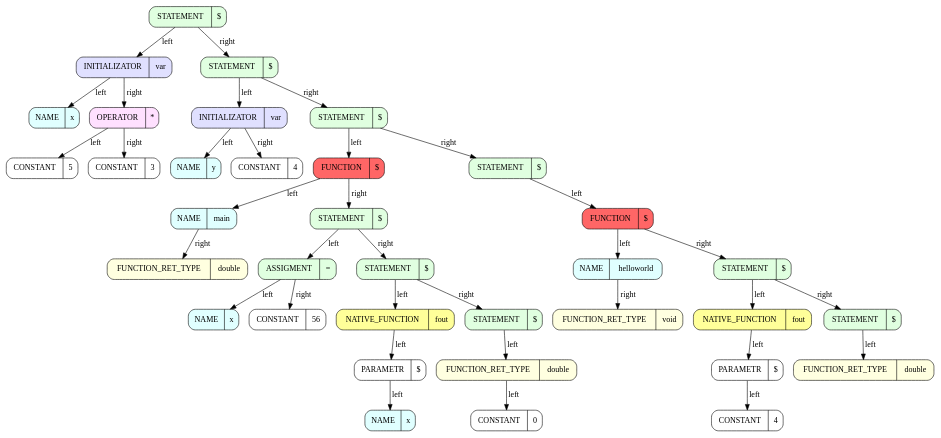
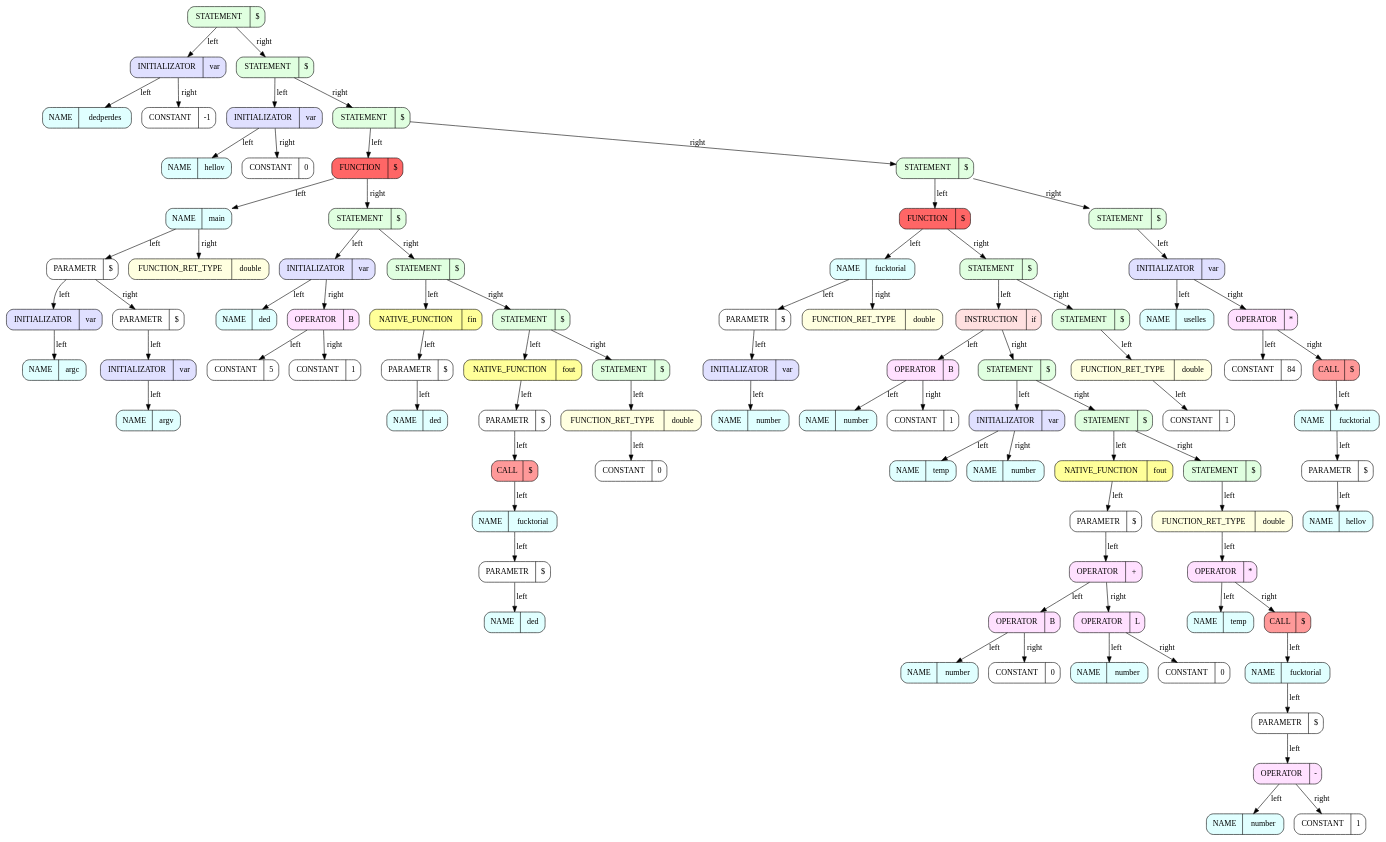
Before and after one commit to ArsenySamoylov/Lang: the diagram in BackEnd/graphics/dot/kek_back_End.dot, drawn with Graphviz. The commit also changed 279 other files, not shown here.

```diff
--- a/BackEnd/graphics/dot/kek_back_End.dot
+++ b/BackEnd/graphics/dot/kek_back_End.dot
@@ -2,75 +2,177 @@
 digraph 
 {
 rankdir = TB # RANKDIR
-		node_0x61d000000080 [style = filled, fillcolor = "#E0FFE0", shape = Mrecord label =  "STATEMENT | {$}"]
-		node_0x61d0000000b0 [style = filled, fillcolor = "#E0E0FF", shape = Mrecord label =  "INITIALIZATOR | {var}"]
-		node_0x61d0000000e0 [style = filled, fillcolor = "#E0FFFF", shape = Mrecord label =  "NAME | {x}"]
-		node_0x61d0000000b0 -> node_0x61d0000000e0 [label = "left"]
-		node_0x61d000000110 [style = filled, fillcolor = "#FFE0FF", shape = Mrecord label =  "OPERATOR | {*}"]
-		node_0x61d000000140 [style = filled, fillcolor = "#FFFFFF", shape = Mrecord label =  "CONSTANT | {5}"]
-		node_0x61d000000110 -> node_0x61d000000140 [label = "left"]
-		node_0x61d000000170 [style = filled, fillcolor = "#FFFFFF", shape = Mrecord label =  "CONSTANT | {3}"]
-		node_0x61d000000110 -> node_0x61d000000170 [label = "right"]
-		node_0x61d0000000b0 -> node_0x61d000000110 [label = "right"]
-		node_0x61d000000080 -> node_0x61d0000000b0 [label = "left"]
-		node_0x61d0000001a0 [style = filled, fillcolor = "#E0FFE0", shape = Mrecord label =  "STATEMENT | {$}"]
-		node_0x61d0000001d0 [style = filled, fillcolor = "#E0E0FF", shape = Mrecord label =  "INITIALIZATOR | {var}"]
-		node_0x61d000000200 [style = filled, fillcolor = "#E0FFFF", shape = Mrecord label =  "NAME | {y}"]
-		node_0x61d0000001d0 -> node_0x61d000000200 [label = "left"]
-		node_0x61d000000230 [style = filled, fillcolor = "#FFFFFF", shape = Mrecord label =  "CONSTANT | {4}"]
-		node_0x61d0000001d0 -> node_0x61d000000230 [label = "right"]
-		node_0x61d0000001a0 -> node_0x61d0000001d0 [label = "left"]
-		node_0x61d000000260 [style = filled, fillcolor = "#E0FFE0", shape = Mrecord label =  "STATEMENT | {$}"]
-		node_0x61d000000290 [style = filled, fillcolor = "#FF6666", shape = Mrecord label =  "FUNCTION | {$}"]
-		node_0x61d0000002c0 [style = filled, fillcolor = "#E0FFFF", shape = Mrecord label =  "NAME | {main}"]
-		node_0x61d0000002f0 [style = filled, fillcolor = "#FFFFE0", shape = Mrecord label =  "FUNCTION_RET_TYPE | {double}"]
-		node_0x61d0000002c0 -> node_0x61d0000002f0 [label = "right"]
-		node_0x61d000000290 -> node_0x61d0000002c0 [label = "left"]
-		node_0x61d000000320 [style = filled, fillcolor = "#E0FFE0", shape = Mrecord label =  "STATEMENT | {$}"]
-		node_0x61d000000350 [style = filled, fillcolor = "#E0FFE0", shape = Mrecord label =  "ASSIGMENT | {=}"]
-		node_0x61d000000380 [style = filled, fillcolor = "#E0FFFF", shape = Mrecord label =  "NAME | {x}"]
-		node_0x61d000000350 -> node_0x61d000000380 [label = "left"]
-		node_0x61d0000003b0 [style = filled, fillcolor = "#FFFFFF", shape = Mrecord label =  "CONSTANT | {56}"]
-		node_0x61d000000350 -> node_0x61d0000003b0 [label = "right"]
-		node_0x61d000000320 -> node_0x61d000000350 [label = "left"]
-		node_0x61d0000003e0 [style = filled, fillcolor = "#E0FFE0", shape = Mrecord label =  "STATEMENT | {$}"]
-		node_0x61d000000410 [style = filled, fillcolor = "#FFFF99", shape = Mrecord label =  "NATIVE_FUNCTION | {fout}"]
-		node_0x61d000000440 [style = filled, fillcolor = "#FFFFFF", shape = Mrecord label =  "PARAMETR | {$}"]
-		node_0x61d000000470 [style = filled, fillcolor = "#E0FFFF", shape = Mrecord label =  "NAME | {x}"]
-		node_0x61d000000440 -> node_0x61d000000470 [label = "left"]
-		node_0x61d000000410 -> node_0x61d000000440 [label = "left"]
-		node_0x61d0000003e0 -> node_0x61d000000410 [label = "left"]
-		node_0x61d0000004a0 [style = filled, fillcolor = "#E0FFE0", shape = Mrecord label =  "STATEMENT | {$}"]
-		node_0x61d0000004d0 [style = filled, fillcolor = "#FFFFE0", shape = Mrecord label =  "FUNCTION_RET_TYPE | {double}"]
-		node_0x61d000000500 [style = filled, fillcolor = "#FFFFFF", shape = Mrecord label =  "CONSTANT | {0}"]
-		node_0x61d0000004d0 -> node_0x61d000000500 [label = "left"]
-		node_0x61d0000004a0 -> node_0x61d0000004d0 [label = "left"]
-		node_0x61d0000003e0 -> node_0x61d0000004a0 [label = "right"]
-		node_0x61d000000320 -> node_0x61d0000003e0 [label = "right"]
-		node_0x61d000000290 -> node_0x61d000000320 [label = "right"]
-		node_0x61d000000260 -> node_0x61d000000290 [label = "left"]
-		node_0x61d000000530 [style = filled, fillcolor = "#E0FFE0", shape = Mrecord label =  "STATEMENT | {$}"]
-		node_0x61d000000560 [style = filled, fillcolor = "#FF6666", shape = Mrecord label =  "FUNCTION | {$}"]
-		node_0x61d000000590 [style = filled, fillcolor = "#E0FFFF", shape = Mrecord label =  "NAME | {helloworld}"]
-		node_0x61d0000005c0 [style = filled, fillcolor = "#FFFFE0", shape = Mrecord label =  "FUNCTION_RET_TYPE | {void}"]
-		node_0x61d000000590 -> node_0x61d0000005c0 [label = "right"]
-		node_0x61d000000560 -> node_0x61d000000590 [label = "left"]
-		node_0x61d0000005f0 [style = filled, fillcolor = "#E0FFE0", shape = Mrecord label =  "STATEMENT | {$}"]
-		node_0x61d000000620 [style = filled, fillcolor = "#FFFF99", shape = Mrecord label =  "NATIVE_FUNCTION | {fout}"]
-		node_0x61d000000650 [style = filled, fillcolor = "#FFFFFF", shape = Mrecord label =  "PARAMETR | {$}"]
-		node_0x61d000000680 [style = filled, fillcolor = "#FFFFFF", shape = Mrecord label =  "CONSTANT | {4}"]
-		node_0x61d000000650 -> node_0x61d000000680 [label = "left"]
-		node_0x61d000000620 -> node_0x61d000000650 [label = "left"]
-		node_0x61d0000005f0 -> node_0x61d000000620 [label = "left"]
-		node_0x61d0000006b0 [style = filled, fillcolor = "#E0FFE0", shape = Mrecord label =  "STATEMENT | {$}"]
-		node_0x61d0000006e0 [style = filled, fillcolor = "#FFFFE0", shape = Mrecord label =  "FUNCTION_RET_TYPE | {double}"]
-		node_0x61d0000006b0 -> node_0x61d0000006e0 [label = "left"]
-		node_0x61d0000005f0 -> node_0x61d0000006b0 [label = "right"]
-		node_0x61d000000560 -> node_0x61d0000005f0 [label = "right"]
-		node_0x61d000000530 -> node_0x61d000000560 [label = "left"]
-		node_0x61d000000260 -> node_0x61d000000530 [label = "right"]
-		node_0x61d0000001a0 -> node_0x61d000000260 [label = "right"]
-		node_0x61d000000080 -> node_0x61d0000001a0 [label = "right"]
+		node_0x623000000100 [style = filled, fillcolor = "#E0FFE0", shape = Mrecord label =  "STATEMENT | {$}"]
+		node_0x623000000138 [style = filled, fillcolor = "#E0E0FF", shape = Mrecord label =  "INITIALIZATOR | {var}"]
+		node_0x623000000170 [style = filled, fillcolor = "#E0FFFF", shape = Mrecord label =  "NAME | {dedperdes}"]
+		node_0x623000000138 -> node_0x623000000170 [label = "left"]
+		node_0x6230000001a8 [style = filled, fillcolor = "#FFFFFF", shape = Mrecord label =  "CONSTANT | {-1}"]
+		node_0x623000000138 -> node_0x6230000001a8 [label = "right"]
+		node_0x623000000100 -> node_0x623000000138 [label = "left"]
+		node_0x6230000001e0 [style = filled, fillcolor = "#E0FFE0", shape = Mrecord label =  "STATEMENT | {$}"]
+		node_0x623000000218 [style = filled, fillcolor = "#E0E0FF", shape = Mrecord label =  "INITIALIZATOR | {var}"]
+		node_0x623000000250 [style = filled, fillcolor = "#E0FFFF", shape = Mrecord label =  "NAME | {hellov}"]
+		node_0x623000000218 -> node_0x623000000250 [label = "left"]
+		node_0x623000000288 [style = filled, fillcolor = "#FFFFFF", shape = Mrecord label =  "CONSTANT | {0}"]
+		node_0x623000000218 -> node_0x623000000288 [label = "right"]
+		node_0x6230000001e0 -> node_0x623000000218 [label = "left"]
+		node_0x6230000002c0 [style = filled, fillcolor = "#E0FFE0", shape = Mrecord label =  "STATEMENT | {$}"]
+		node_0x6230000002f8 [style = filled, fillcolor = "#FF6666", shape = Mrecord label =  "FUNCTION | {$}"]
+		node_0x623000000330 [style = filled, fillcolor = "#E0FFFF", shape = Mrecord label =  "NAME | {main}"]
+		node_0x623000000368 [style = filled, fillcolor = "#FFFFFF", shape = Mrecord label =  "PARAMETR | {$}"]
+		node_0x6230000003a0 [style = filled, fillcolor = "#E0E0FF", shape = Mrecord label =  "INITIALIZATOR | {var}"]
+		node_0x6230000003d8 [style = filled, fillcolor = "#E0FFFF", shape = Mrecord label =  "NAME | {argc}"]
+		node_0x6230000003a0 -> node_0x6230000003d8 [label = "left"]
+		node_0x623000000368 -> node_0x6230000003a0 [label = "left"]
+		node_0x623000000410 [style = filled, fillcolor = "#FFFFFF", shape = Mrecord label =  "PARAMETR | {$}"]
+		node_0x623000000448 [style = filled, fillcolor = "#E0E0FF", shape = Mrecord label =  "INITIALIZATOR | {var}"]
+		node_0x623000000480 [style = filled, fillcolor = "#E0FFFF", shape = Mrecord label =  "NAME | {argv}"]
+		node_0x623000000448 -> node_0x623000000480 [label = "left"]
+		node_0x623000000410 -> node_0x623000000448 [label = "left"]
+		node_0x623000000368 -> node_0x623000000410 [label = "right"]
+		node_0x623000000330 -> node_0x623000000368 [label = "left"]
+		node_0x6230000004b8 [style = filled, fillcolor = "#FFFFE0", shape = Mrecord label =  "FUNCTION_RET_TYPE | {double}"]
+		node_0x623000000330 -> node_0x6230000004b8 [label = "right"]
+		node_0x6230000002f8 -> node_0x623000000330 [label = "left"]
+		node_0x6230000004f0 [style = filled, fillcolor = "#E0FFE0", shape = Mrecord label =  "STATEMENT | {$}"]
+		node_0x623000000528 [style = filled, fillcolor = "#E0E0FF", shape = Mrecord label =  "INITIALIZATOR | {var}"]
+		node_0x623000000560 [style = filled, fillcolor = "#E0FFFF", shape = Mrecord label =  "NAME | {ded}"]
+		node_0x623000000528 -> node_0x623000000560 [label = "left"]
+		node_0x623000000598 [style = filled, fillcolor = "#FFE0FF", shape = Mrecord label =  "OPERATOR | {B}"]
+		node_0x6230000005d0 [style = filled, fillcolor = "#FFFFFF", shape = Mrecord label =  "CONSTANT | {5}"]
+		node_0x623000000598 -> node_0x6230000005d0 [label = "left"]
+		node_0x623000000608 [style = filled, fillcolor = "#FFFFFF", shape = Mrecord label =  "CONSTANT | {1}"]
+		node_0x623000000598 -> node_0x623000000608 [label = "right"]
+		node_0x623000000528 -> node_0x623000000598 [label = "right"]
+		node_0x6230000004f0 -> node_0x623000000528 [label = "left"]
+		node_0x623000000640 [style = filled, fillcolor = "#E0FFE0", shape = Mrecord label =  "STATEMENT | {$}"]
+		node_0x623000000678 [style = filled, fillcolor = "#FFFF99", shape = Mrecord label =  "NATIVE_FUNCTION | {fin}"]
+		node_0x6230000006b0 [style = filled, fillcolor = "#FFFFFF", shape = Mrecord label =  "PARAMETR | {$}"]
+		node_0x6230000006e8 [style = filled, fillcolor = "#E0FFFF", shape = Mrecord label =  "NAME | {ded}"]
+		node_0x6230000006b0 -> node_0x6230000006e8 [label = "left"]
+		node_0x623000000678 -> node_0x6230000006b0 [label = "left"]
+		node_0x623000000640 -> node_0x623000000678 [label = "left"]
+		node_0x623000000720 [style = filled, fillcolor = "#E0FFE0", shape = Mrecord label =  "STATEMENT | {$}"]
+		node_0x623000000758 [style = filled, fillcolor = "#FFFF99", shape = Mrecord label =  "NATIVE_FUNCTION | {fout}"]
+		node_0x623000000790 [style = filled, fillcolor = "#FFFFFF", shape = Mrecord label =  "PARAMETR | {$}"]
+		node_0x6230000007c8 [style = filled, fillcolor = "#FF9999", shape = Mrecord label =  "CALL | {$}"]
+		node_0x623000000800 [style = filled, fillcolor = "#E0FFFF", shape = Mrecord label =  "NAME | {fucktorial}"]
+		node_0x623000000838 [style = filled, fillcolor = "#FFFFFF", shape = Mrecord label =  "PARAMETR | {$}"]
+		node_0x623000000870 [style = filled, fillcolor = "#E0FFFF", shape = Mrecord label =  "NAME | {ded}"]
+		node_0x623000000838 -> node_0x623000000870 [label = "left"]
+		node_0x623000000800 -> node_0x623000000838 [label = "left"]
+		node_0x6230000007c8 -> node_0x623000000800 [label = "left"]
+		node_0x623000000790 -> node_0x6230000007c8 [label = "left"]
+		node_0x623000000758 -> node_0x623000000790 [label = "left"]
+		node_0x623000000720 -> node_0x623000000758 [label = "left"]
+		node_0x6230000008a8 [style = filled, fillcolor = "#E0FFE0", shape = Mrecord label =  "STATEMENT | {$}"]
+		node_0x6230000008e0 [style = filled, fillcolor = "#FFFFE0", shape = Mrecord label =  "FUNCTION_RET_TYPE | {double}"]
+		node_0x623000000918 [style = filled, fillcolor = "#FFFFFF", shape = Mrecord label =  "CONSTANT | {0}"]
+		node_0x6230000008e0 -> node_0x623000000918 [label = "left"]
+		node_0x6230000008a8 -> node_0x6230000008e0 [label = "left"]
+		node_0x623000000720 -> node_0x6230000008a8 [label = "right"]
+		node_0x623000000640 -> node_0x623000000720 [label = "right"]
+		node_0x6230000004f0 -> node_0x623000000640 [label = "right"]
+		node_0x6230000002f8 -> node_0x6230000004f0 [label = "right"]
+		node_0x6230000002c0 -> node_0x6230000002f8 [label = "left"]
+		node_0x623000000950 [style = filled, fillcolor = "#E0FFE0", shape = Mrecord label =  "STATEMENT | {$}"]
+		node_0x623000000988 [style = filled, fillcolor = "#FF6666", shape = Mrecord label =  "FUNCTION | {$}"]
+		node_0x6230000009c0 [style = filled, fillcolor = "#E0FFFF", shape = Mrecord label =  "NAME | {fucktorial}"]
+		node_0x6230000009f8 [style = filled, fillcolor = "#FFFFFF", shape = Mrecord label =  "PARAMETR | {$}"]
+		node_0x623000000a30 [style = filled, fillcolor = "#E0E0FF", shape = Mrecord label =  "INITIALIZATOR | {var}"]
+		node_0x623000000a68 [style = filled, fillcolor = "#E0FFFF", shape = Mrecord label =  "NAME | {number}"]
+		node_0x623000000a30 -> node_0x623000000a68 [label = "left"]
+		node_0x6230000009f8 -> node_0x623000000a30 [label = "left"]
+		node_0x6230000009c0 -> node_0x6230000009f8 [label = "left"]
+		node_0x623000000aa0 [style = filled, fillcolor = "#FFFFE0", shape = Mrecord label =  "FUNCTION_RET_TYPE | {double}"]
+		node_0x6230000009c0 -> node_0x623000000aa0 [label = "right"]
+		node_0x623000000988 -> node_0x6230000009c0 [label = "left"]
+		node_0x623000000ad8 [style = filled, fillcolor = "#E0FFE0", shape = Mrecord label =  "STATEMENT | {$}"]
+		node_0x623000000b10 [style = filled, fillcolor = "#FFE0E0", shape = Mrecord label =  "INSTRUCTION | {if}"]
+		node_0x623000000b48 [style = filled, fillcolor = "#FFE0FF", shape = Mrecord label =  "OPERATOR | {B}"]
+		node_0x623000000b80 [style = filled, fillcolor = "#E0FFFF", shape = Mrecord label =  "NAME | {number}"]
+		node_0x623000000b48 -> node_0x623000000b80 [label = "left"]
+		node_0x623000000bb8 [style = filled, fillcolor = "#FFFFFF", shape = Mrecord label =  "CONSTANT | {1}"]
+		node_0x623000000b48 -> node_0x623000000bb8 [label = "right"]
+		node_0x623000000b10 -> node_0x623000000b48 [label = "left"]
+		node_0x623000000bf0 [style = filled, fillcolor = "#E0FFE0", shape = Mrecord label =  "STATEMENT | {$}"]
+		node_0x623000000c28 [style = filled, fillcolor = "#E0E0FF", shape = Mrecord label =  "INITIALIZATOR | {var}"]
+		node_0x623000000c60 [style = filled, fillcolor = "#E0FFFF", shape = Mrecord label =  "NAME | {temp}"]
+		node_0x623000000c28 -> node_0x623000000c60 [label = "left"]
+		node_0x623000000c98 [style = filled, fillcolor = "#E0FFFF", shape = Mrecord label =  "NAME | {number}"]
+		node_0x623000000c28 -> node_0x623000000c98 [label = "right"]
+		node_0x623000000bf0 -> node_0x623000000c28 [label = "left"]
+		node_0x623000000cd0 [style = filled, fillcolor = "#E0FFE0", shape = Mrecord label =  "STATEMENT | {$}"]
+		node_0x623000000d08 [style = filled, fillcolor = "#FFFF99", shape = Mrecord label =  "NATIVE_FUNCTION | {fout}"]
+		node_0x623000000d40 [style = filled, fillcolor = "#FFFFFF", shape = Mrecord label =  "PARAMETR | {$}"]
+		node_0x623000000d78 [style = filled, fillcolor = "#FFE0FF", shape = Mrecord label =  "OPERATOR | {+}"]
+		node_0x623000000db0 [style = filled, fillcolor = "#FFE0FF", shape = Mrecord label =  "OPERATOR | {B}"]
+		node_0x623000000de8 [style = filled, fillcolor = "#E0FFFF", shape = Mrecord label =  "NAME | {number}"]
+		node_0x623000000db0 -> node_0x623000000de8 [label = "left"]
+		node_0x623000000e20 [style = filled, fillcolor = "#FFFFFF", shape = Mrecord label =  "CONSTANT | {0}"]
+		node_0x623000000db0 -> node_0x623000000e20 [label = "right"]
+		node_0x623000000d78 -> node_0x623000000db0 [label = "left"]
+		node_0x623000000e58 [style = filled, fillcolor = "#FFE0FF", shape = Mrecord label =  "OPERATOR | {L}"]
+		node_0x623000000e90 [style = filled, fillcolor = "#E0FFFF", shape = Mrecord label =  "NAME | {number}"]
+		node_0x623000000e58 -> node_0x623000000e90 [label = "left"]
+		node_0x623000000ec8 [style = filled, fillcolor = "#FFFFFF", shape = Mrecord label =  "CONSTANT | {0}"]
+		node_0x623000000e58 -> node_0x623000000ec8 [label = "right"]
+		node_0x623000000d78 -> node_0x623000000e58 [label = "right"]
+		node_0x623000000d40 -> node_0x623000000d78 [label = "left"]
+		node_0x623000000d08 -> node_0x623000000d40 [label = "left"]
+		node_0x623000000cd0 -> node_0x623000000d08 [label = "left"]
+		node_0x623000000f00 [style = filled, fillcolor = "#E0FFE0", shape = Mrecord label =  "STATEMENT | {$}"]
+		node_0x623000000f38 [style = filled, fillcolor = "#FFFFE0", shape = Mrecord label =  "FUNCTION_RET_TYPE | {double}"]
+		node_0x623000000f70 [style = filled, fillcolor = "#FFE0FF", shape = Mrecord label =  "OPERATOR | {*}"]
+		node_0x623000000fa8 [style = filled, fillcolor = "#E0FFFF", shape = Mrecord label =  "NAME | {temp}"]
+		node_0x623000000f70 -> node_0x623000000fa8 [label = "left"]
+		node_0x623000000fe0 [style = filled, fillcolor = "#FF9999", shape = Mrecord label =  "CALL | {$}"]
+		node_0x623000001018 [style = filled, fillcolor = "#E0FFFF", shape = Mrecord label =  "NAME | {fucktorial}"]
+		node_0x623000001050 [style = filled, fillcolor = "#FFFFFF", shape = Mrecord label =  "PARAMETR | {$}"]
+		node_0x623000001088 [style = filled, fillcolor = "#FFE0FF", shape = Mrecord label =  "OPERATOR | {-}"]
+		node_0x6230000010c0 [style = filled, fillcolor = "#E0FFFF", shape = Mrecord label =  "NAME | {number}"]
+		node_0x623000001088 -> node_0x6230000010c0 [label = "left"]
+		node_0x6230000010f8 [style = filled, fillcolor = "#FFFFFF", shape = Mrecord label =  "CONSTANT | {1}"]
+		node_0x623000001088 -> node_0x6230000010f8 [label = "right"]
+		node_0x623000001050 -> node_0x623000001088 [label = "left"]
+		node_0x623000001018 -> node_0x623000001050 [label = "left"]
+		node_0x623000000fe0 -> node_0x623000001018 [label = "left"]
+		node_0x623000000f70 -> node_0x623000000fe0 [label = "right"]
+		node_0x623000000f38 -> node_0x623000000f70 [label = "left"]
+		node_0x623000000f00 -> node_0x623000000f38 [label = "left"]
+		node_0x623000000cd0 -> node_0x623000000f00 [label = "right"]
+		node_0x623000000bf0 -> node_0x623000000cd0 [label = "right"]
+		node_0x623000000b10 -> node_0x623000000bf0 [label = "right"]
+		node_0x623000000ad8 -> node_0x623000000b10 [label = "left"]
+		node_0x623000001130 [style = filled, fillcolor = "#E0FFE0", shape = Mrecord label =  "STATEMENT | {$}"]
+		node_0x623000001168 [style = filled, fillcolor = "#FFFFE0", shape = Mrecord label =  "FUNCTION_RET_TYPE | {double}"]
+		node_0x6230000011a0 [style = filled, fillcolor = "#FFFFFF", shape = Mrecord label =  "CONSTANT | {1}"]
+		node_0x623000001168 -> node_0x6230000011a0 [label = "left"]
+		node_0x623000001130 -> node_0x623000001168 [label = "left"]
+		node_0x623000000ad8 -> node_0x623000001130 [label = "right"]
+		node_0x623000000988 -> node_0x623000000ad8 [label = "right"]
+		node_0x623000000950 -> node_0x623000000988 [label = "left"]
+		node_0x6230000011d8 [style = filled, fillcolor = "#E0FFE0", shape = Mrecord label =  "STATEMENT | {$}"]
+		node_0x623000001210 [style = filled, fillcolor = "#E0E0FF", shape = Mrecord label =  "INITIALIZATOR | {var}"]
+		node_0x623000001248 [style = filled, fillcolor = "#E0FFFF", shape = Mrecord label =  "NAME | {uselles}"]
+		node_0x623000001210 -> node_0x623000001248 [label = "left"]
+		node_0x623000001280 [style = filled, fillcolor = "#FFE0FF", shape = Mrecord label =  "OPERATOR | {*}"]
+		node_0x6230000012b8 [style = filled, fillcolor = "#FFFFFF", shape = Mrecord label =  "CONSTANT | {84}"]
+		node_0x623000001280 -> node_0x6230000012b8 [label = "left"]
+		node_0x6230000012f0 [style = filled, fillcolor = "#FF9999", shape = Mrecord label =  "CALL | {$}"]
+		node_0x623000001328 [style = filled, fillcolor = "#E0FFFF", shape = Mrecord label =  "NAME | {fucktorial}"]
+		node_0x623000001360 [style = filled, fillcolor = "#FFFFFF", shape = Mrecord label =  "PARAMETR | {$}"]
+		node_0x623000001398 [style = filled, fillcolor = "#E0FFFF", shape = Mrecord label =  "NAME | {hellov}"]
+		node_0x623000001360 -> node_0x623000001398 [label = "left"]
+		node_0x623000001328 -> node_0x623000001360 [label = "left"]
+		node_0x6230000012f0 -> node_0x623000001328 [label = "left"]
+		node_0x623000001280 -> node_0x6230000012f0 [label = "right"]
+		node_0x623000001210 -> node_0x623000001280 [label = "right"]
+		node_0x6230000011d8 -> node_0x623000001210 [label = "left"]
+		node_0x623000000950 -> node_0x6230000011d8 [label = "right"]
+		node_0x6230000002c0 -> node_0x623000000950 [label = "right"]
+		node_0x6230000001e0 -> node_0x6230000002c0 [label = "right"]
+		node_0x623000000100 -> node_0x6230000001e0 [label = "right"]
 ########################################################### SetEndDot
 
 }
```
